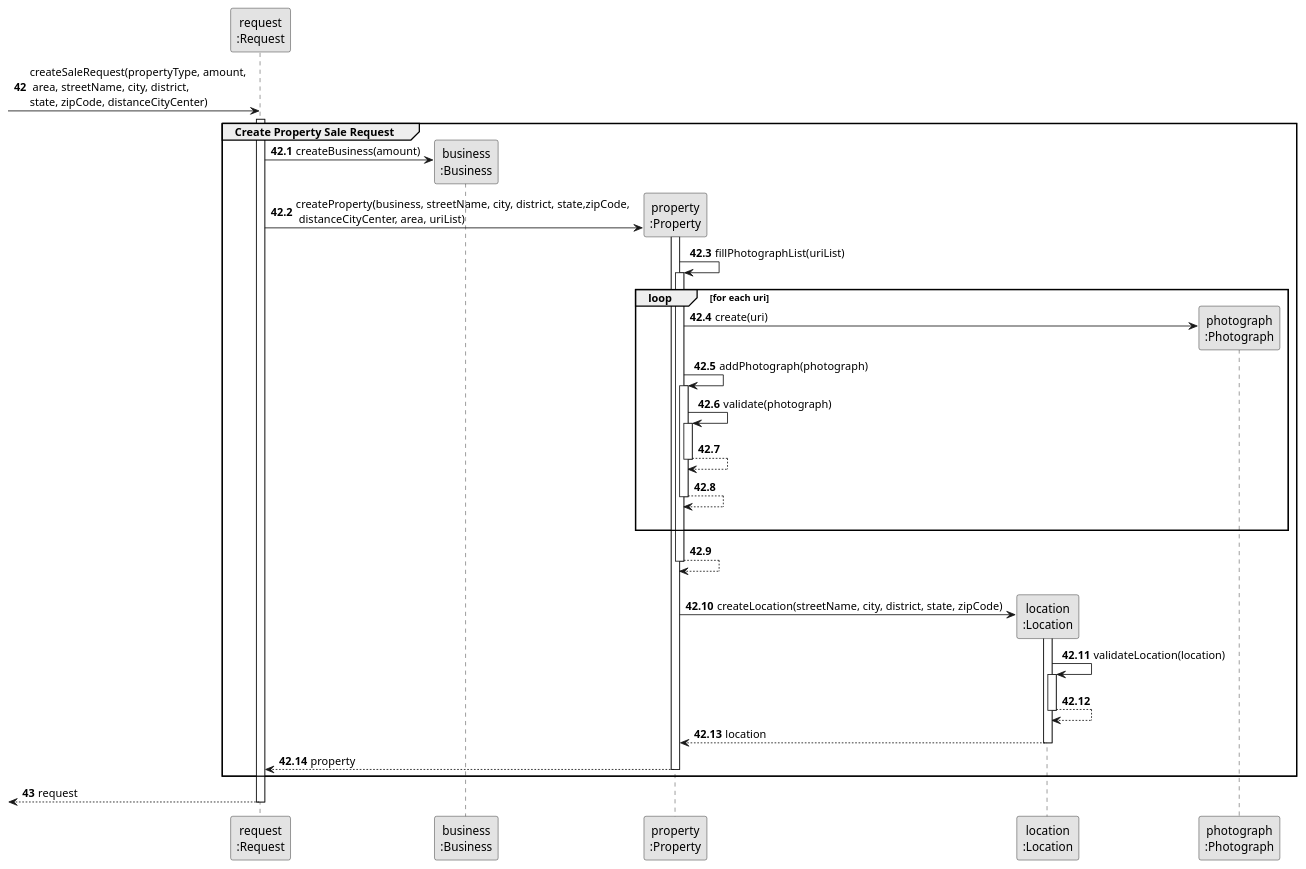
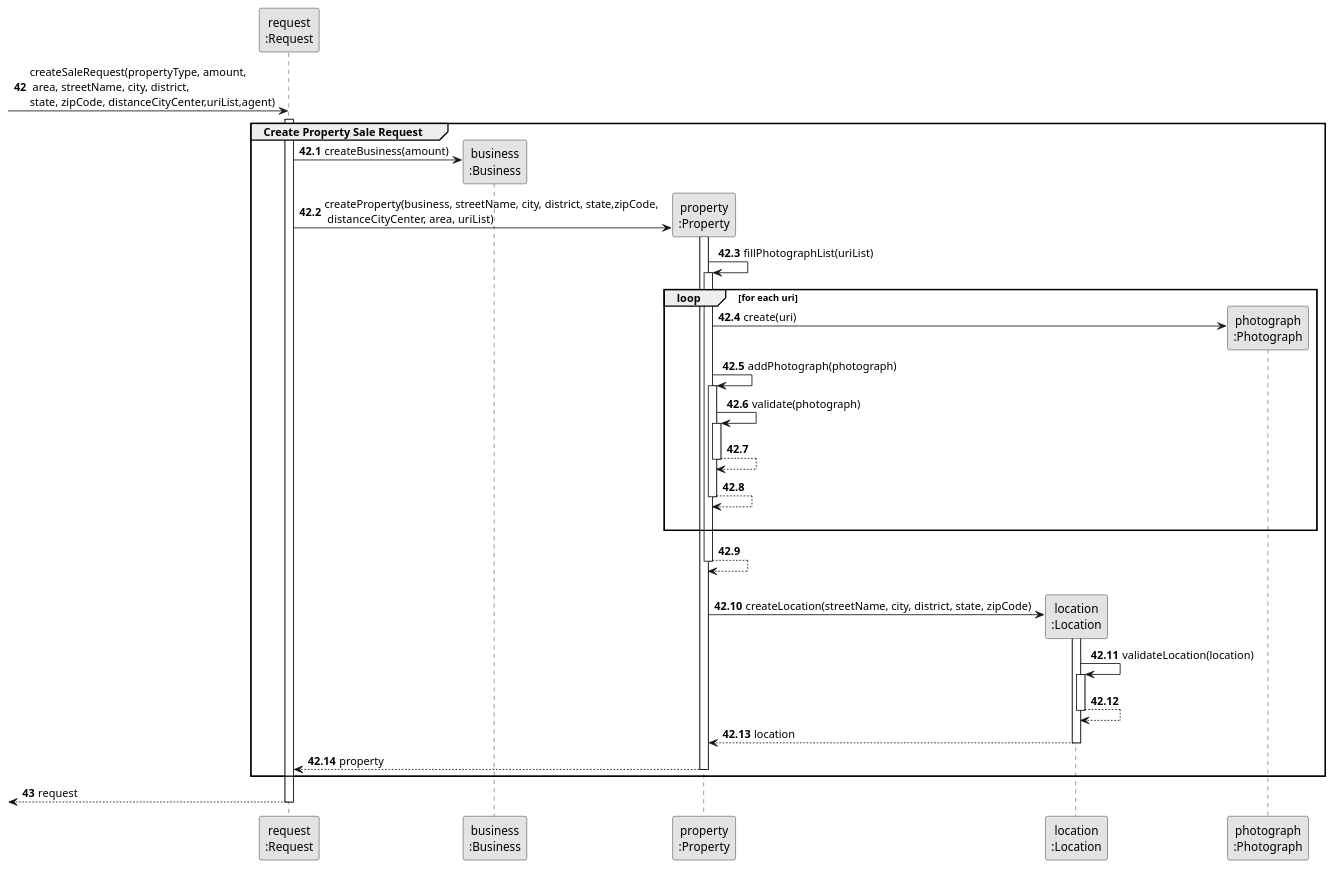
Before and after one commit to rita-barbosa/LAPR2-2223: the diagram in docs/sprintD/us002/03.design/puml/us002-sequence-diagram-partial-create-property-sale-request.puml, drawn with PlantUML. The commit also changed 2 other files, not shown here.

Commit message:
Update sequence diagram [US002][Design]

```diff
--- a/docs/sprintD/us002/03.design/puml/us002-sequence-diagram-partial-create-property-sale-request.puml
+++ b/docs/sprintD/us002/03.design/puml/us002-sequence-diagram-partial-create-property-sale-request.puml
@@ -1,78 +1,78 @@
 @startuml
 skinparam monochrome true
 skinparam packageStyle rectangle
 skinparam shadowing false
 
 
 participant "request\n:Request" as REQUEST
 participant "business\n:Business" as BUSINESS
 participant "property\n:Property" as PROPERTY
 participant "location\n:Location" as LOCATION
 participant "photograph\n:Photograph" as PHOTO
 
 
 
 autonumber 42
 
-        -> REQUEST **: createSaleRequest(propertyType, amount,\n area, streetName, city, district,\nstate, zipCode, distanceCityCenter)
+        -> REQUEST **: createSaleRequest(propertyType, amount,\n area, streetName, city, district,\nstate, zipCode, distanceCityCenter,uriList,agent)
         activate REQUEST
 
 autonumber 42.1
 
     group Create Property Sale Request
 
 
         REQUEST -> BUSINESS** : createBusiness(amount)
 
                 REQUEST -> PROPERTY** : createProperty(business, streetName, city, district, state,zipCode,\n distanceCityCenter, area, uriList)
                 activate PROPERTY
                 PROPERTY -> PROPERTY: fillPhotographList(uriList)
                 activate PROPERTY
 
                 loop for each uri
 
                 PROPERTY -> PHOTO**: create(uri)
 
                 PROPERTY -> PROPERTY: addPhotograph(photograph)
                 activate PROPERTY
 
                 PROPERTY -> PROPERTY: validate(photograph)
                 activate PROPERTY
 
                 PROPERTY --> PROPERTY:
                 deactivate PROPERTY
 
                 PROPERTY --> PROPERTY:
                 deactivate PROPERTY
                 |||
                 end loop
 
                 PROPERTY --> PROPERTY:
                 deactivate PROPERTY
 
 
                 |||
                 PROPERTY -> LOCATION** : createLocation(streetName, city, district, state, zipCode)
                 activate LOCATION
 
                 LOCATION -> LOCATION : validateLocation(location)
                 activate LOCATION
 
                 LOCATION--> LOCATION
                 deactivate LOCATION
 
                 LOCATION --> PROPERTY : location
                 deactivate LOCATION
 
                 PROPERTY --> REQUEST: property
                 deactivate PROPERTY
 
 
 
 
 end group
 autonumber 43
         <-- REQUEST : request
        deactivate REQUEST
 
 @enduml
```
